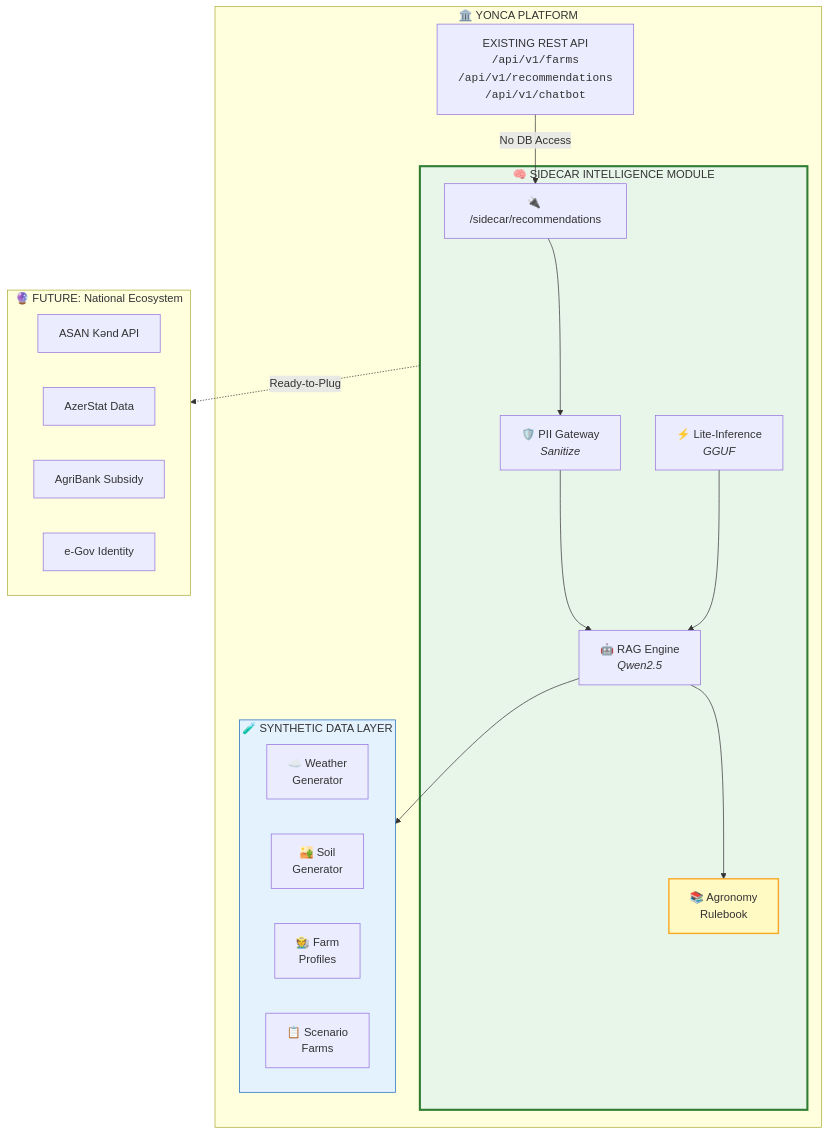
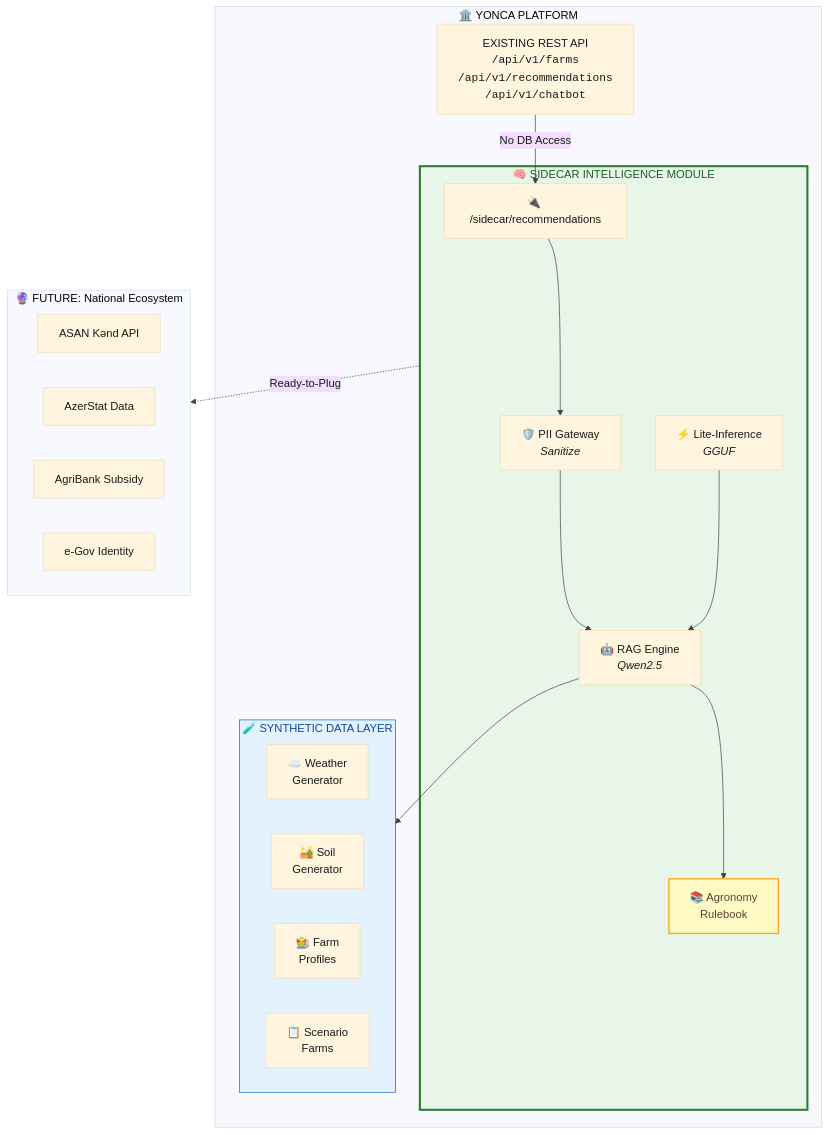
The sixth of 19 diagrams in docs/zekalab/03-ARCHITECTURE.md (Px8Studio/yonja), drawn with Mermaid before and after one commit. The commit also changed other lines of this file and 2 other files, not shown here.

Commit message:
Refine styling in architecture diagrams for improved clarity and consistency

````diff
--- a/docs/zekalab/03-ARCHITECTURE.md
+++ b/docs/zekalab/03-ARCHITECTURE.md
@@ -205,42 +209,43 @@
 ```mermaid
+%%{init: {'theme': 'base', 'themeVariables': { 'primaryTextColor': '#1a1a1a', 'lineColor': '#424242'}}}%%
 graph TB
     subgraph platform["🏛️ YONCA PLATFORM"]
         restapi["EXISTING REST API<br/><code>/api/v1/farms</code><br/><code>/api/v1/recommendations</code><br/><code>/api/v1/chatbot</code>"]
         
         subgraph sidecar["🧠 SIDECAR INTELLIGENCE MODULE"]
             api["🔌 /sidecar/recommendations"]
             pii["🛡️ PII Gateway<br/><i>Sanitize</i>"]
             rag["🤖 RAG Engine<br/><i>Qwen2.5</i>"]
             lite["⚡ Lite-Inference<br/><i>GGUF</i>"]
             rules["📚 Agronomy<br/>Rulebook"]
             
             api --> pii
             pii --> rag
             lite --> rag
             rag --> rules
         end
         
         subgraph synthetic["🧪 SYNTHETIC DATA LAYER"]
             weather["☁️ Weather<br/>Generator"]
             soil["🏜️ Soil<br/>Generator"]
             profiles["🧑‍🌾 Farm<br/>Profiles"]
             scenarios["📋 Scenario<br/>Farms"]
         end
         
         restapi -->|"No DB Access"| api
         rag --> synthetic
     end
     
     subgraph future["🔮 FUTURE: National Ecosystem"]
         asan["ASAN Kənd API"]
         azerstat["AzerStat Data"]
         agribank["AgriBank Subsidy"]
         egov["e-Gov Identity"]
     end
     
     sidecar -.->|"Ready-to-Plug"| future
     
-    style sidecar fill:#e8f5e9,stroke:#2e7d32,stroke-width:3px
-    style synthetic fill:#e3f2fd,stroke:#1565c0
-    style rules fill:#fff9c4,stroke:#f9a825,stroke-width:2px
+    style sidecar fill:#e8f5e9,stroke:#2e7d32,stroke-width:3px,color:#1b5e20
+    style synthetic fill:#e3f2fd,stroke:#1565c0,color:#0d47a1
+    style rules fill:#fff9c4,stroke:#f9a825,stroke-width:2px,color:#5d4037
 ```
````
